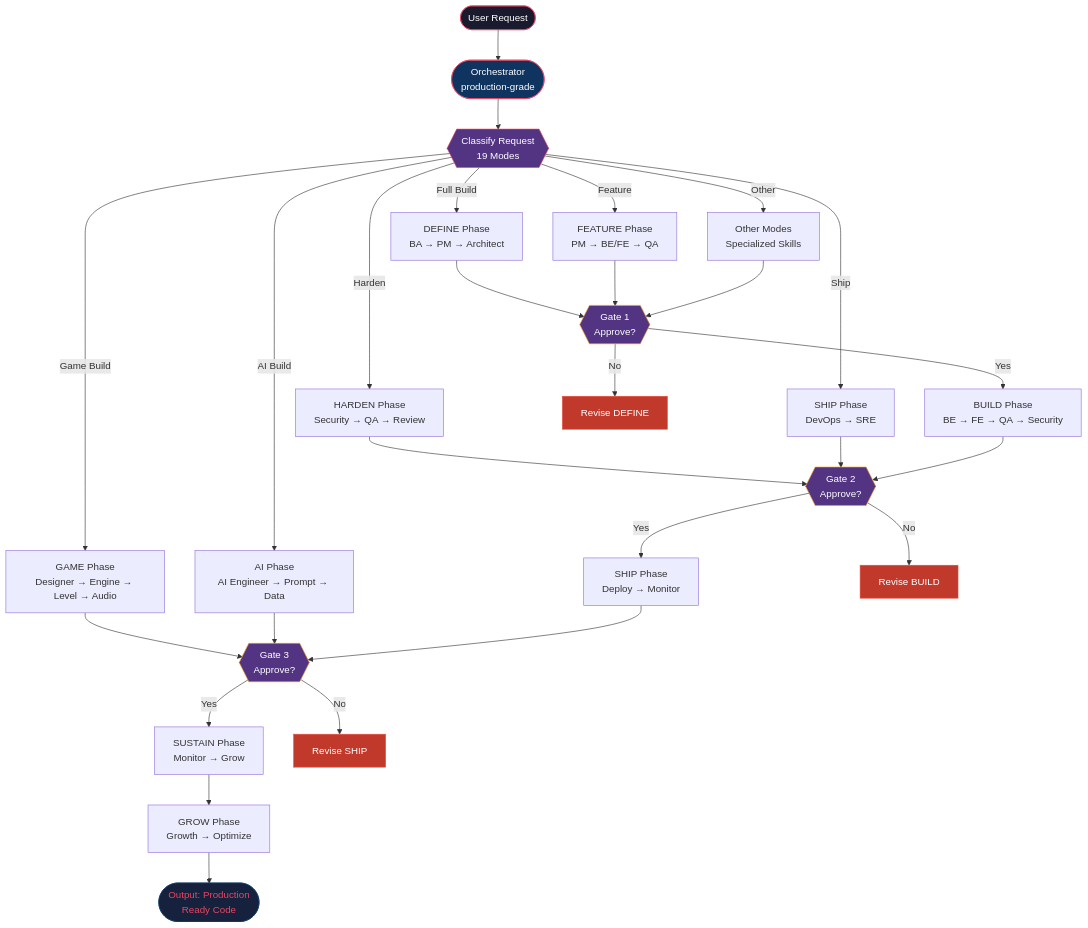
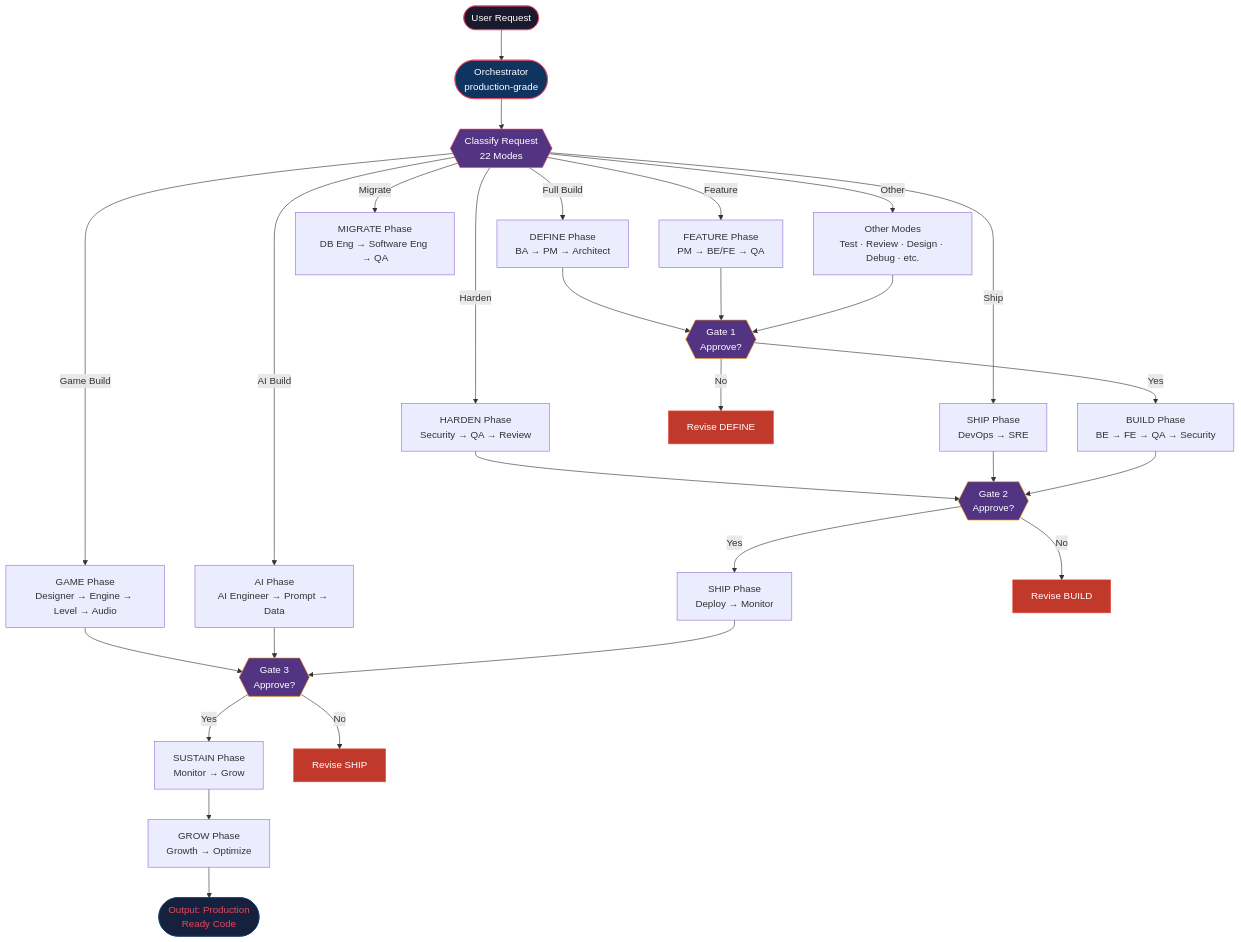
One commit to buiphucminhtam/forgewright changed the first of 8 diagrams in README.md. Above: the diagram before and after it, drawn with Mermaid. The commit also changed other lines of this file, not shown here.

Commit message:
docs: update README for v7.8.2 - 22 modes, expanded routing diagram

````diff
--- a/README.md
+++ b/README.md
@@ -248,47 +249,48 @@
 ```mermaid
 flowchart TD
     START(["User Request"])
     ORCH(["Orchestrator<br/>production-grade"])
 
-    ORCH --> MODE{{"Classify Request<br/>19 Modes"}}
+    ORCH --> MODE{{"Classify Request<br/>22 Modes"}}
 
     MODE --> |"Full Build"| PHASE_DEFINE["DEFINE Phase<br/>BA → PM → Architect"]
     MODE --> |"Feature"| PHASE_FEATURE["FEATURE Phase<br/>PM → BE/FE → QA"]
     MODE --> |"Harden"| PHASE_HARDEN["HARDEN Phase<br/>Security → QA → Review"]
     MODE --> |"Ship"| PHASE_SHIP["SHIP Phase<br/>DevOps → SRE"]
     MODE --> |"Game Build"| PHASE_GAME["GAME Phase<br/>Designer → Engine → Level → Audio"]
     MODE --> |"AI Build"| PHASE_AI["AI Phase<br/>AI Engineer → Prompt → Data"]
-    MODE --> |"Other"| PHASE_OTHER["Other Modes<br/>Specialized Skills"]
+    MODE --> |"Migrate"| PHASE_MIGRATE["MIGRATE Phase<br/>DB Eng → Software Eng → QA"]
+    MODE --> |"Other"| PHASE_OTHER["Other Modes<br/>Test · Review · Design · Debug · etc."]
 
     PHASE_DEFINE --> GATE1{{"Gate 1<br/>Approve?"}}
     PHASE_FEATURE --> GATE1
     PHASE_HARDEN --> GATE2{{"Gate 2<br/>Approve?"}}
     PHASE_SHIP --> GATE2
     PHASE_GAME --> GATE3{{"Gate 3<br/>Approve?"}}
     PHASE_AI --> GATE3
     PHASE_OTHER --> GATE1
 
     GATE1 --> |"Yes"| BUILD["BUILD Phase<br/>BE → FE → QA → Security"]
     GATE1 --> |"No"| REVISE1["Revise DEFINE"]
     BUILD --> GATE2
     GATE2 --> |"Yes"| SHIP_DEPLOY["SHIP Phase<br/>Deploy → Monitor"]
     GATE2 --> |"No"| REVISE2["Revise BUILD"]
     SHIP_DEPLOY --> GATE3
     GATE3 --> |"Yes"| SUSTAIN["SUSTAIN Phase<br/>Monitor → Grow"]
     GATE3 --> |"No"| REVISE3["Revise SHIP"]
     SUSTAIN --> GROW["GROW Phase<br/>Growth → Optimize"]
 
     START --> ORCH
     GROW --> END(["Output: Production<br/>Ready Code"])
 
     style START fill:#1a1a2e,stroke:#e94560,color:#fff
     style END fill:#16213e,stroke:#0f3460,color:#e94560
     style ORCH fill:#0f3460,stroke:#e94560,color:#fff
     style MODE fill:#533483,stroke:#e94560,color:#fff
     style GATE1 fill:#533483,stroke:#f39c12,color:#fff
     style GATE2 fill:#533483,stroke:#f39c12,color:#fff
     style GATE3 fill:#533483,stroke:#f39c12,color:#fff
     style REVISE1 fill:#c0392b,stroke:#e74c3c,color:#fff
     style REVISE2 fill:#c0392b,stroke:#e74c3c,color:#fff
     style REVISE3 fill:#c0392b,stroke:#e74c3c,color:#fff
 ```
````
